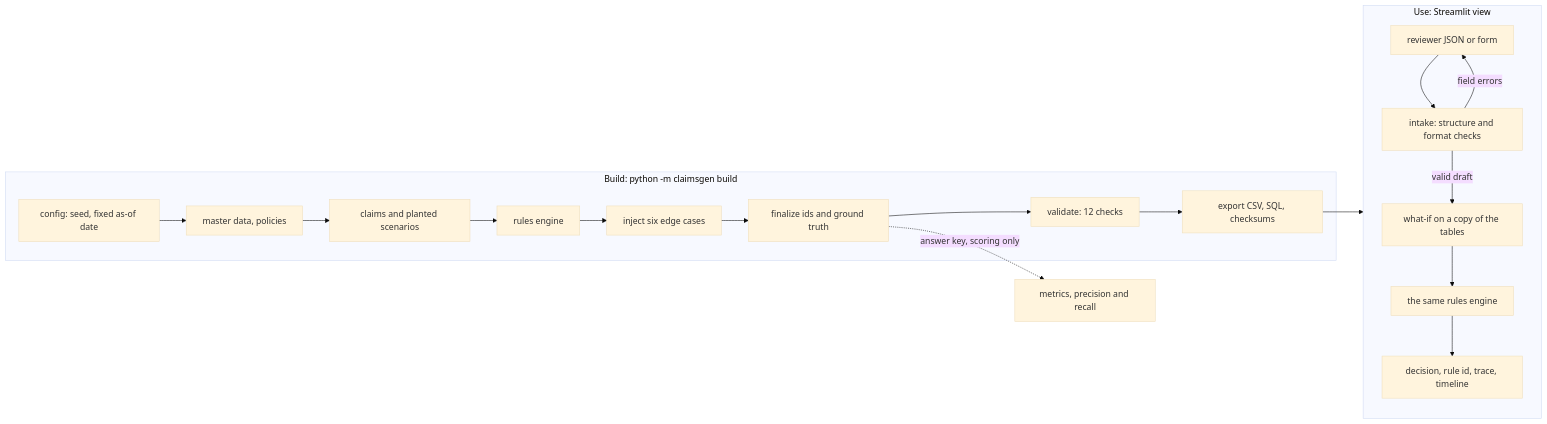
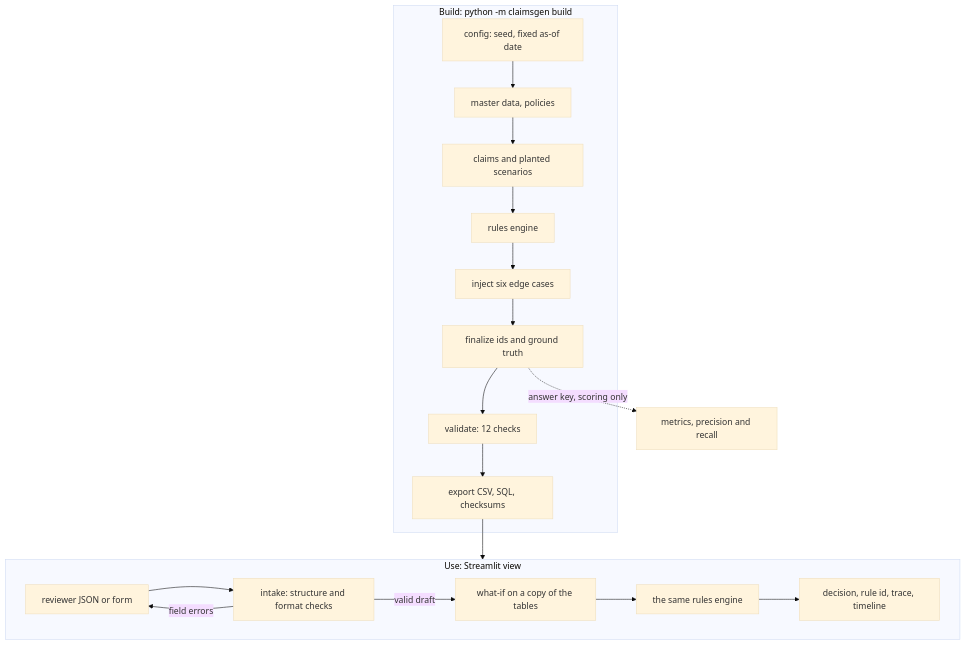
The diagram in README.md (hiox2004/YottaFlex-ASG), drawn with Mermaid (base theme) before and after one commit.

Commit message:
docs(readme): lay the architecture diagram out top to bottom
Left to right it rendered too small to read on GitHub. Co-Authored-By: Claude Sonnet 5.5 <noreply@anthropic.com>

````diff
--- a/README.md
+++ b/README.md
@@ -163,21 +163,21 @@
 ```mermaid
-flowchart LR
+flowchart TB
   subgraph Build["Build: python -m claimsgen build"]
     A[config: seed, fixed as-of date] --> B[master data, policies]
     B --> C[claims and planted scenarios]
     C --> D[rules engine]
     D --> E[inject six edge cases]
     E --> F[finalize ids and ground truth]
     F --> G[validate: 12 checks]
     G --> H[export CSV, SQL, checksums]
   end
   subgraph Use["Use: Streamlit view"]
     I[reviewer JSON or form] --> J[intake: structure and format checks]
     J -- field errors --> I
     J -- valid draft --> K[what-if on a copy of the tables]
     K --> D2[the same rules engine]
     D2 --> L[decision, rule id, trace, timeline]
   end
   H --> Use
   F -. answer key, scoring only .-> M[metrics, precision and recall]
 ```
````
